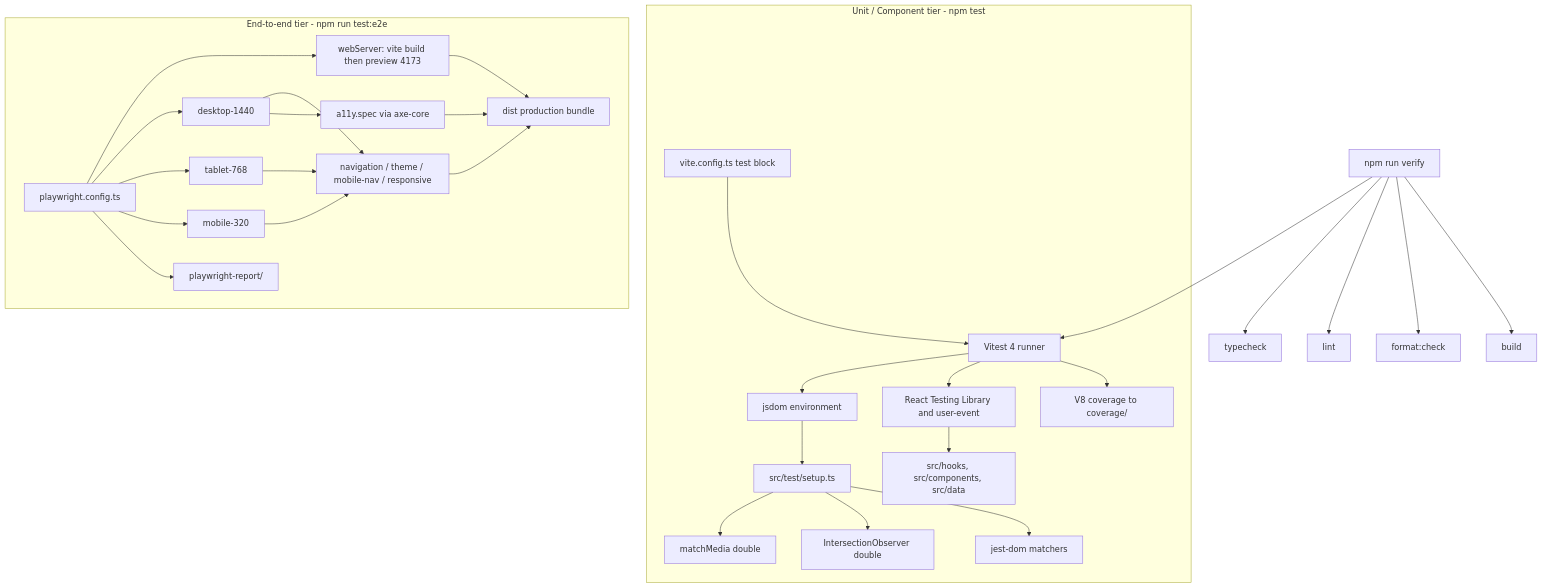
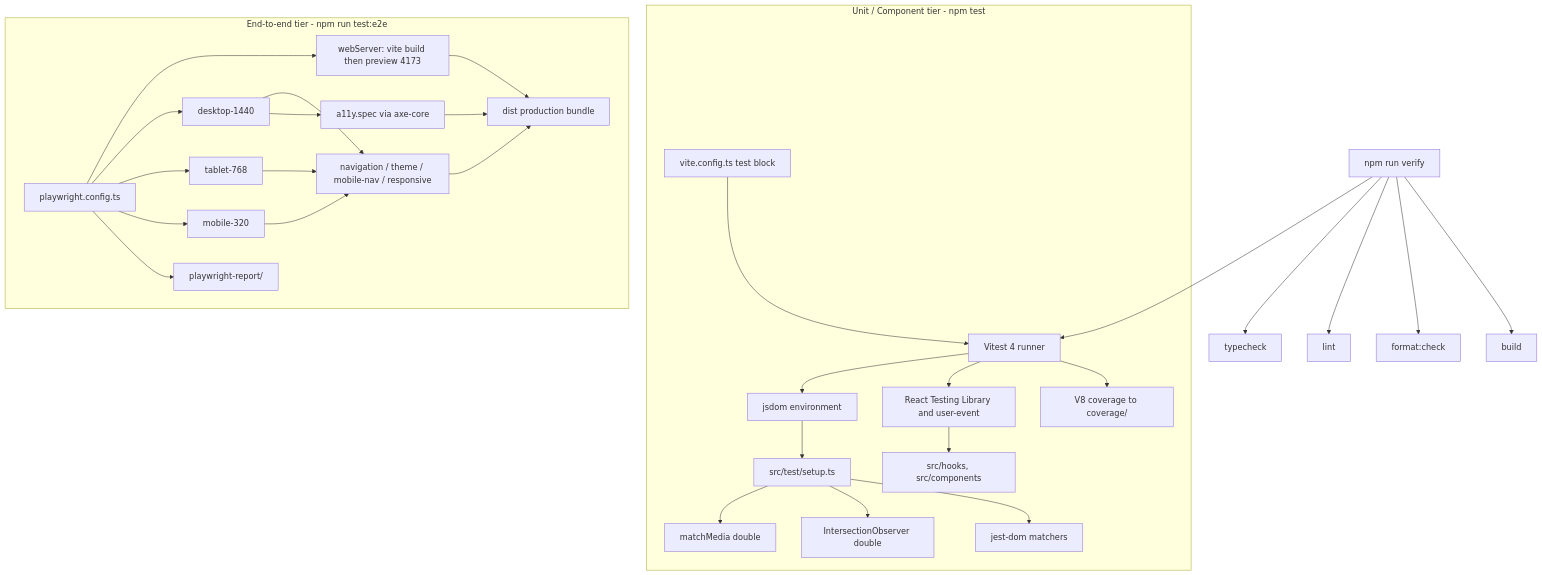
The diagram in docs/testing.md (AlexandrMisiuk/my-web-site), drawn with Mermaid before and after one commit. The commit also changed other lines of this file and 18 other files, not shown here.

Commit message:
Remove hardcoded fallback data from components, update tests to use mock props, and decouple unit tests from runtime data sources.

````diff
--- a/docs/testing.md
+++ b/docs/testing.md
@@ -19,35 +19,35 @@
 ```mermaid
 graph TD
     subgraph Unit["Unit / Component tier - npm test"]
         VC[vite.config.ts test block] --> VT[Vitest 4 runner]
         VT --> JS[jsdom environment]
         JS --> SU[src/test/setup.ts]
         SU --> MM[matchMedia double]
         SU --> IO[IntersectionObserver double]
         SU --> JD[jest-dom matchers]
         VT --> RTL[React Testing Library and user-event]
-        RTL --> SRC["src/hooks, src/components, src/data"]
+        RTL --> SRC["src/hooks, src/components"]
         VT --> COV["V8 coverage to coverage/"]
     end
 
     subgraph E2E["End-to-end tier - npm run test:e2e"]
         PC[playwright.config.ts] --> WS["webServer: vite build then preview 4173"]
         WS --> DIST[dist production bundle]
         PC --> P1[desktop-1440]
         PC --> P2[tablet-768]
         PC --> P3[mobile-320]
         P1 --> SPECS
         P2 --> SPECS
         P3 --> SPECS["navigation / theme / mobile-nav / responsive"]
         P1 --> AX[a11y.spec via axe-core]
         SPECS --> DIST
         AX --> DIST
         PC --> REP["playwright-report/"]
     end
 
     GATES["npm run verify"] --> TC[typecheck]
     GATES --> LINT[lint]
     GATES --> FMT[format:check]
     GATES --> VT
     GATES --> BUILD[build]
 ```
````
